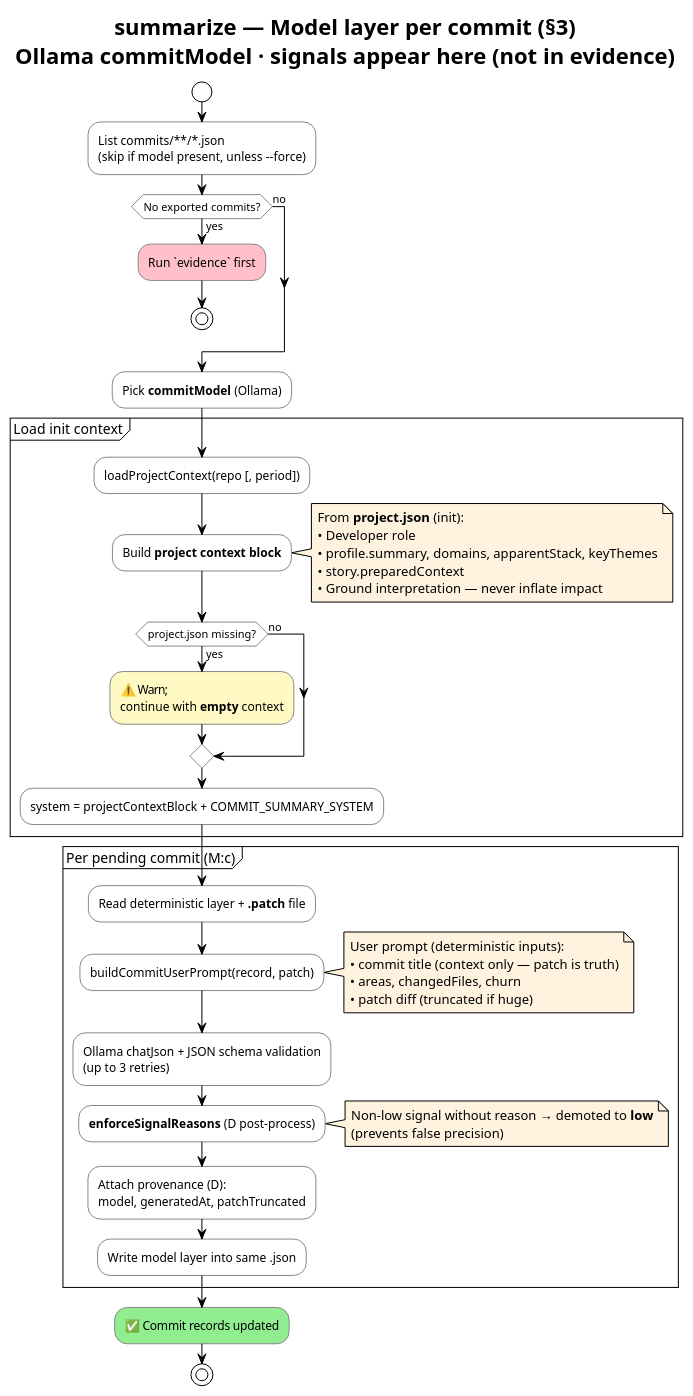
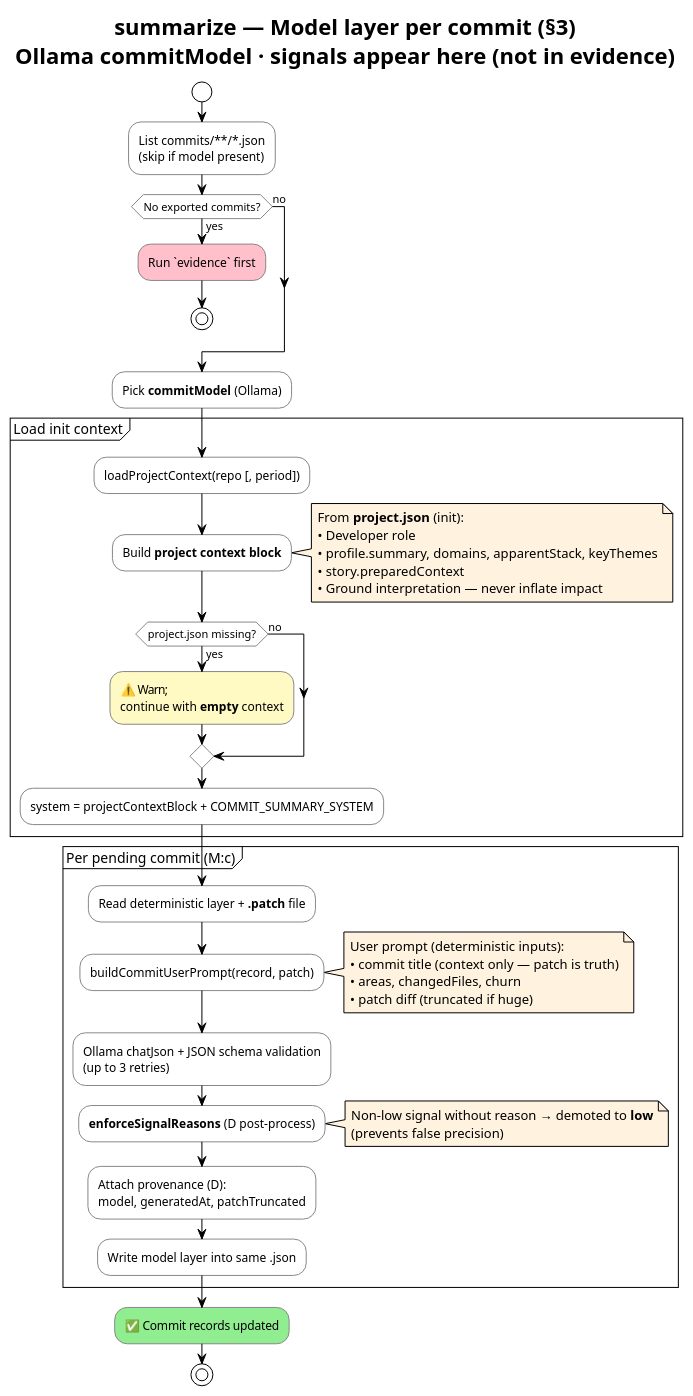
Before and after one commit to vzakharchenko/dev-workgraph: the third of 8 diagrams in uml/evidence.puml, drawn with PlantUML. The commit also changed other lines of this file and 92 other files, not shown here.

Commit message:
Refactor CLI workflows: remove `--force` from `init`, `report`, and `deepen` actions; implement JSON schema versioning (`schemaVersion`) with stamped artifacts; enhance serialization via `writeRecordJson`.

```diff
--- a/uml/evidence.puml
+++ b/uml/evidence.puml
@@ -144,65 +144,65 @@
 @startuml evidence-summarize
 !theme plain
 skinparam shadowing false
 skinparam ActivityBorderColor #888888
 skinparam NoteBackgroundColor #FFF3E0
 
 title **summarize** — Model layer per commit (§3)\nOllama **commitModel** · signals appear here (not in evidence)
 
 start
 
-:List commits/**/*.json\n(skip if model present, unless --force);
+:List commits/**/*.json\n(skip if model present);
 
 if (No exported commits?) then (yes)
   #Pink:Run `evidence` first;
   stop
 else (no)
 endif
 
 :Pick **commitModel** (Ollama);
 
 partition "Load init context" {
   :loadProjectContext(repo [, period]);
   :Build **project context block**;
   note right
     From **project.json** (init):
     • Developer role
     • profile.summary, domains, apparentStack, keyThemes
     • story.preparedContext
     • Ground interpretation — never inflate impact
   end note
   if (project.json missing?) then (yes)
     #FFF9C4:⚠️ Warn;\ncontinue with **empty** context;
   else (no)
   endif
   :system = projectContextBlock + COMMIT_SUMMARY_SYSTEM;
 }
 
 partition "Per pending commit (M:c)" {
   :Read deterministic layer + **.patch** file;
   :buildCommitUserPrompt(record, patch);
   note right
     User prompt (deterministic inputs):
     • commit title (context only — patch is truth)
     • areas, changedFiles, churn
     • patch diff (truncated if huge)
   end note
 
   :Ollama chatJson + JSON schema validation\n(up to 3 retries);
 
   :**enforceSignalReasons** (D post-process);
   note right
     Non-low signal without reason → demoted to **low**
     (prevents false precision)
   end note
 
   :Attach provenance (D):\nmodel, generatedAt, patchTruncated;
 
   :Write model layer into same .json;
 }
 
 #LightGreen:✅ Commit records updated;
 
 stop
 
 @enduml
```
